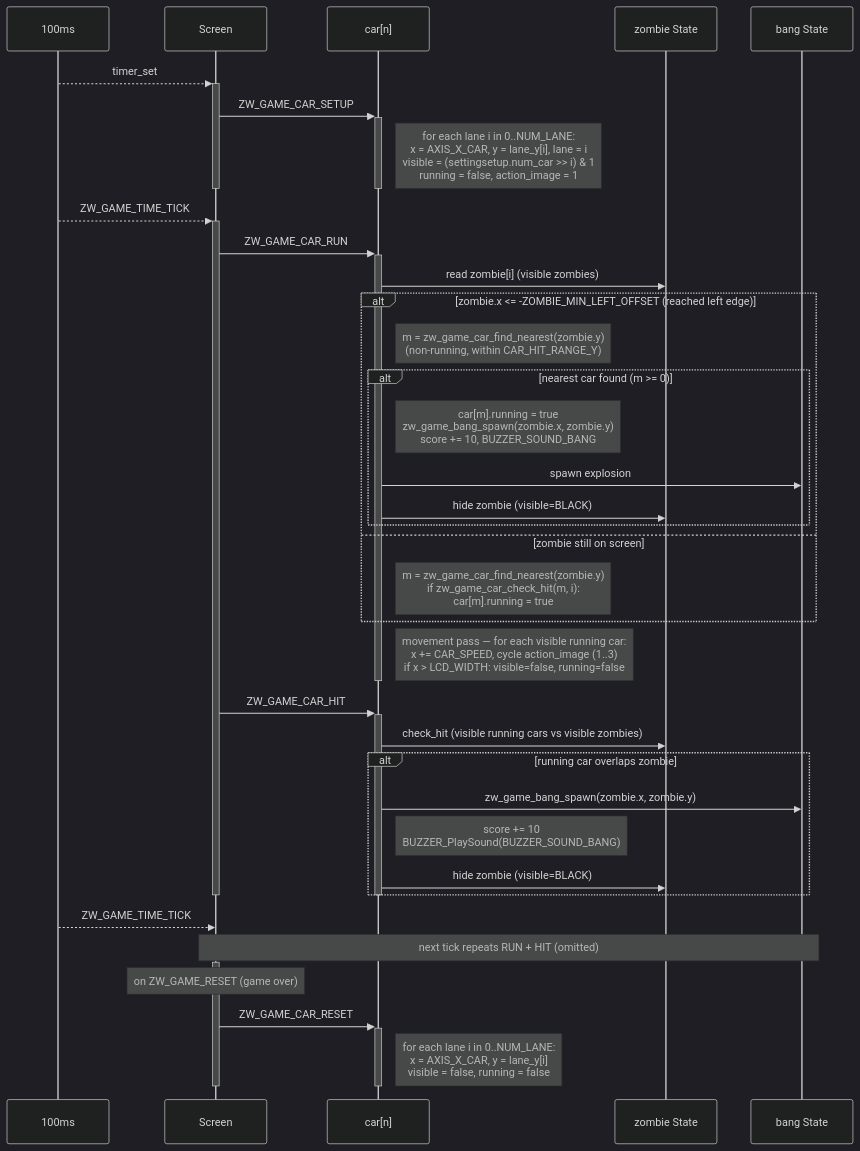
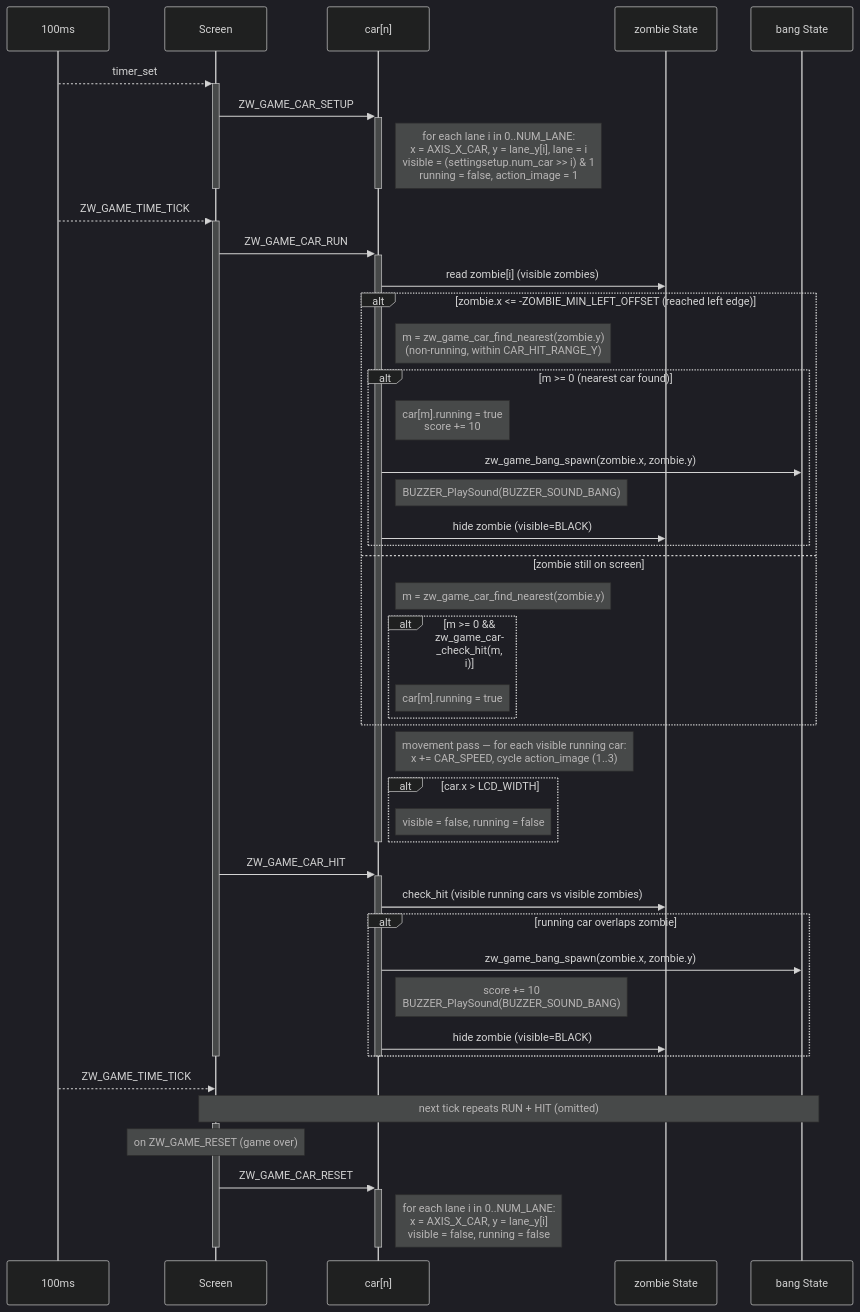
Before and after one commit to caotrongphuoc/mini-clock: the diagram in docs/object_sequence.md, drawn with Mermaid (dark theme).

Commit message:
[DOC] convert if/else in car sequence to alt blocks + fix m>=0 check

````diff
--- a/docs/object_sequence.md
+++ b/docs/object_sequence.md
@@ -56,50 +56,57 @@
 ```mermaid
 sequenceDiagram
     participant Timer as 100ms
     participant Screen
     participant Car as car[n]
     participant Zombie as zombie State
     participant Bang as bang State
 
     Timer-->>+Screen: timer_set
     Screen->>+Car: ZW_GAME_CAR_SETUP
     Note right of Car: for each lane i in 0..NUM_LANE:<br/>x = AXIS_X_CAR, y = lane_y[i], lane = i<br/>visible = (settingsetup.num_car >> i) & 1<br/>running = false, action_image = 1
     deactivate Car
     deactivate Screen
 
     Timer-->>+Screen: ZW_GAME_TIME_TICK
     Screen->>+Car: ZW_GAME_CAR_RUN
     Car->>Zombie: read zombie[i] (visible zombies)
     alt zombie.x <= -ZOMBIE_MIN_LEFT_OFFSET (reached left edge)
         Note right of Car: m = zw_game_car_find_nearest(zombie.y)<br/>(non-running, within CAR_HIT_RANGE_Y)
-        alt nearest car found (m >= 0)
-            Note right of Car: car[m].running = true<br/>zw_game_bang_spawn(zombie.x, zombie.y)<br/>score += 10, BUZZER_SOUND_BANG
-            Car->>Bang: spawn explosion
+        alt m >= 0 (nearest car found)
+            Note right of Car: car[m].running = true<br/>score += 10
+            Car->>Bang: zw_game_bang_spawn(zombie.x, zombie.y)
+            Note right of Car: BUZZER_PlaySound(BUZZER_SOUND_BANG)
             Car->>Zombie: hide zombie (visible=BLACK)
         end
     else zombie still on screen
-        Note right of Car: m = zw_game_car_find_nearest(zombie.y)<br/>if zw_game_car_check_hit(m, i):<br/>car[m].running = true
+        Note right of Car: m = zw_game_car_find_nearest(zombie.y)
+        alt m >= 0 && zw_game_car_check_hit(m, i)
+            Note right of Car: car[m].running = true
+        end
     end
-    Note right of Car: movement pass — for each visible running car:<br/>x += CAR_SPEED, cycle action_image (1..3)<br/>if x > LCD_WIDTH: visible=false, running=false
+    Note right of Car: movement pass — for each visible running car:<br/>x += CAR_SPEED, cycle action_image (1..3)
+    alt car.x > LCD_WIDTH
+        Note right of Car: visible = false, running = false
+    end
     deactivate Car
 
     Screen->>+Car: ZW_GAME_CAR_HIT
     Car->>Zombie: check_hit (visible running cars vs visible zombies)
     alt running car overlaps zombie
         Car->>Bang: zw_game_bang_spawn(zombie.x, zombie.y)
         Note right of Car: score += 10<br/>BUZZER_PlaySound(BUZZER_SOUND_BANG)
         Car->>Zombie: hide zombie (visible=BLACK)
     end
     deactivate Car
     deactivate Screen
 
     Timer-->>Screen: ZW_GAME_TIME_TICK
     Note over Screen,Bang: next tick repeats RUN + HIT (omitted)
 
     activate Screen
     Note over Screen: on ZW_GAME_RESET (game over)
     Screen->>+Car: ZW_GAME_CAR_RESET
     Note right of Car: for each lane i in 0..NUM_LANE:<br/>x = AXIS_X_CAR, y = lane_y[i]<br/>visible = false, running = false
     deactivate Car
     deactivate Screen
 ```
````
